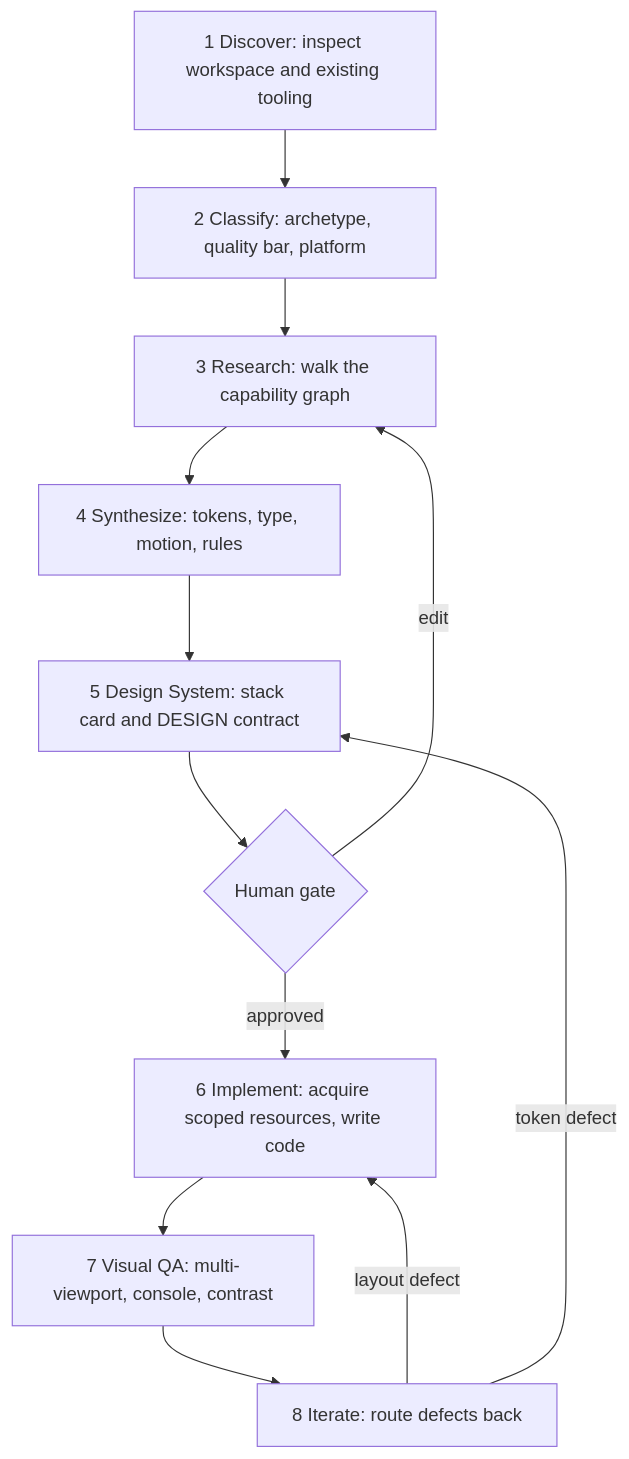
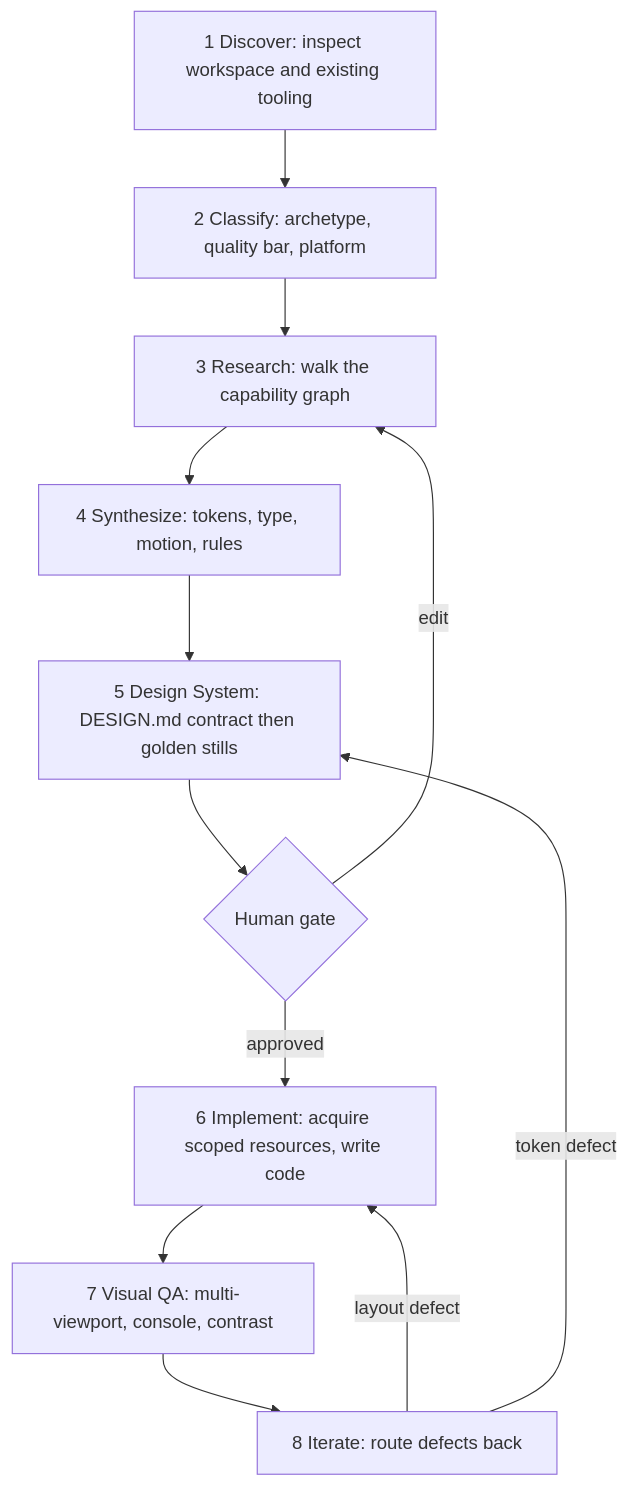
One commit to mahik504/orchestra-workflow changed the diagram in ARCHITECTURE.md. Above: the diagram before and after it, drawn with Mermaid. The commit also changed other lines of this file and 149 other files, not shown here.

````diff
--- a/ARCHITECTURE.md
+++ b/ARCHITECTURE.md
@@ -11,18 +13,18 @@
 ```mermaid
 flowchart TD
   discover[1 Discover: inspect workspace and existing tooling]
   classify[2 Classify: archetype, quality bar, platform]
   research[3 Research: walk the capability graph]
   synth[4 Synthesize: tokens, type, motion, rules]
-  design[5 Design System: stack card and DESIGN contract]
+  design[5 Design System: DESIGN.md contract then golden stills]
   gate{Human gate}
   implement[6 Implement: acquire scoped resources, write code]
   qa[7 Visual QA: multi-viewport, console, contrast]
   iterate[8 Iterate: route defects back]
 
   discover --> classify --> research --> synth --> design --> gate
   gate -->|approved| implement --> qa --> iterate
   gate -->|edit| research
   iterate -->|layout defect| implement
   iterate -->|token defect| design
 ```
````
